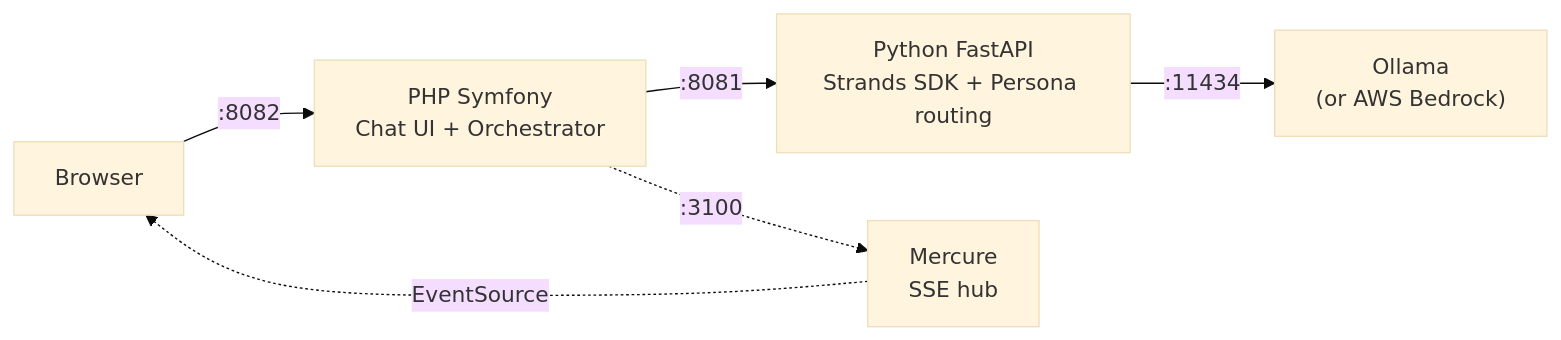
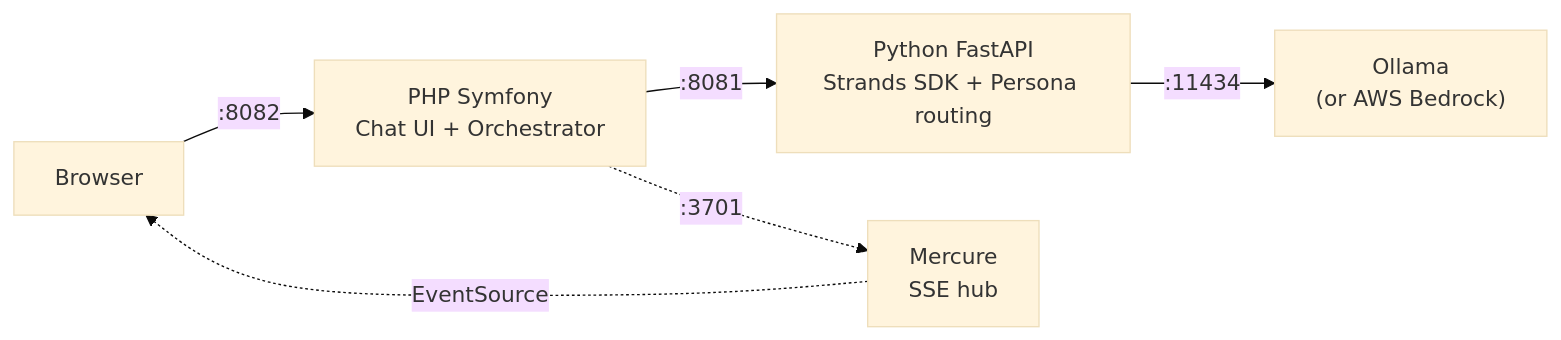
Before and after one commit to blundergoat/the-summit-chatroom: the diagram in README.md, drawn with Mermaid (base theme). The commit also changed other lines of this file and 16 other files, not shown here.

````diff
--- a/README.md
+++ b/README.md
@@ -60,8 +60,8 @@
 ```mermaid
 graph LR
     Browser -->|":8082"| App["PHP Symfony<br/>Chat UI + Orchestrator"]
     App -->|":8081"| Agent["Python FastAPI<br/>Strands SDK + Persona routing"]
     Agent -->|":11434"| LLM["Ollama<br/>(or AWS Bedrock)"]
-    App -.->|":3100"| Mercure["Mercure<br/>SSE hub"]
+    App -.->|":3701"| Mercure["Mercure<br/>SSE hub"]
     Mercure -.->|"EventSource"| Browser
 ```
````
